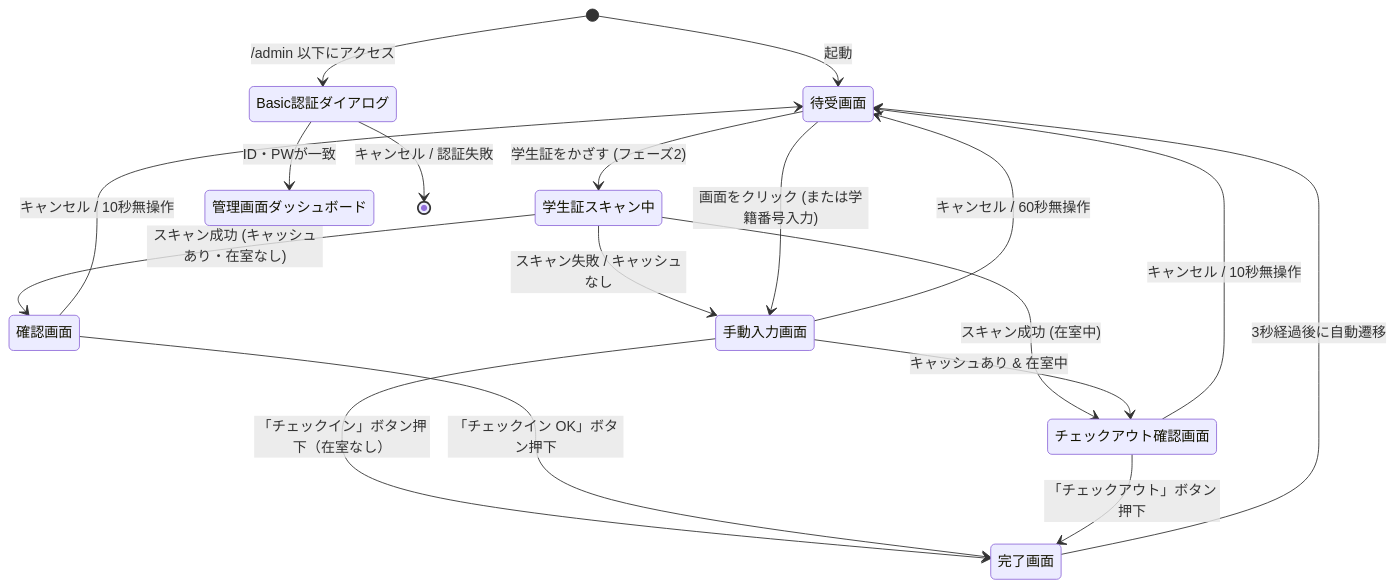
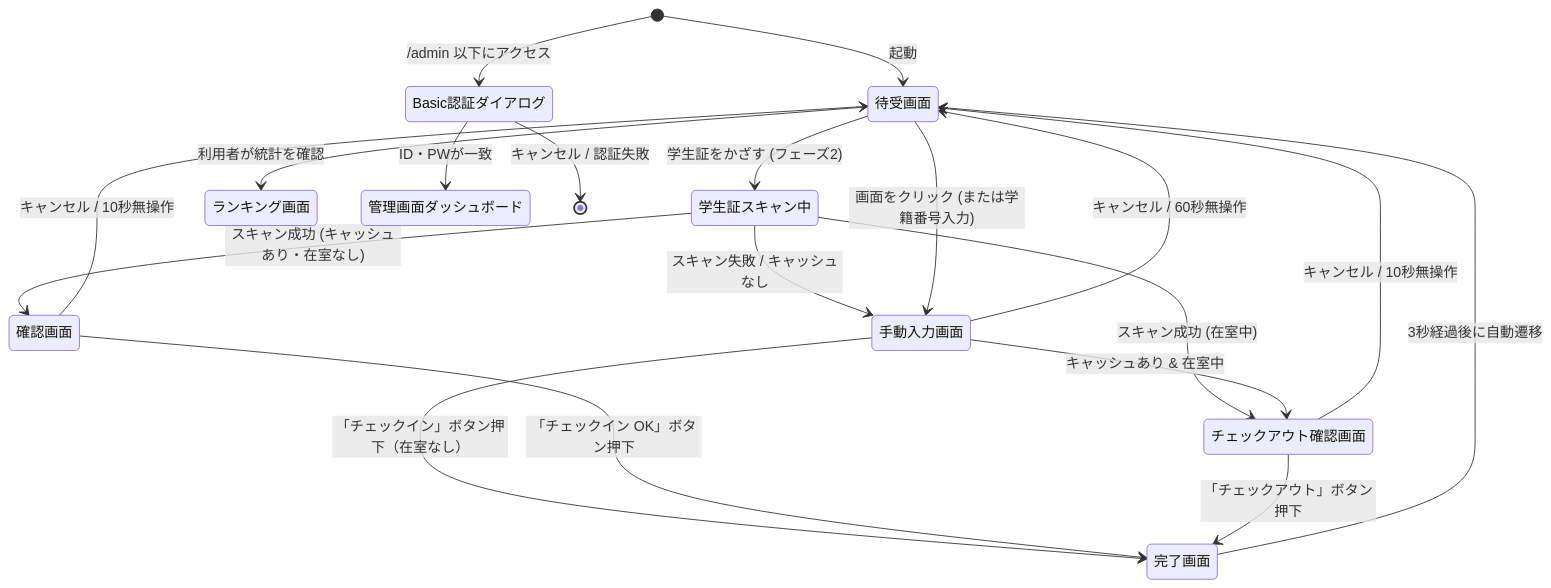
The diagram in doc/画面設計.md (tachiyu1931-code/gym-reservation), drawn with Mermaid before and after one commit. The commit also changed other lines of this file and 14 other files, not shown here.

````diff
--- a/doc/画面設計.md
+++ b/doc/画面設計.md
@@ -17,26 +16,27 @@
 ```mermaid
 stateDiagram-v2
     [*] --> 待受画面 : 起動
 
     %% 利用者フロー（チェックイン）
     待受画面 --> 学生証スキャン中 : 学生証をかざす (フェーズ2)
     学生証スキャン中 --> 確認画面 : スキャン成功 (キャッシュあり・在室なし)
     学生証スキャン中 --> チェックアウト確認画面 : スキャン成功 (在室中)
     学生証スキャン中 --> 手動入力画面 : スキャン失敗 / キャッシュなし
 
     待受画面 --> 手動入力画面 : 画面をクリック (または学籍番号入力)
+    待受画面 --> ランキング画面 : 利用者が統計を確認
     手動入力画面 --> チェックアウト確認画面 : キャッシュあり & 在室中
     手動入力画面 --> 完了画面 : 「チェックイン」ボタン押下（在室なし）
     確認画面 --> 完了画面 : 「チェックイン OK」ボタン押下
     チェックアウト確認画面 --> 完了画面 : 「チェックアウト」ボタン押下
 
     手動入力画面 --> 待受画面 : キャンセル / 60秒無操作
     確認画面 --> 待受画面 : キャンセル / 10秒無操作
     チェックアウト確認画面 --> 待受画面 : キャンセル / 10秒無操作
     完了画面 --> 待受画面 : 3秒経過後に自動遷移
 
     %% 管理者フロー
     [*] --> Basic認証ダイアログ : /admin 以下にアクセス
     Basic認証ダイアログ --> 管理画面ダッシュボード : ID・PWが一致
     Basic認証ダイアログ --> [*] : キャンセル / 認証失敗
 ```
````
